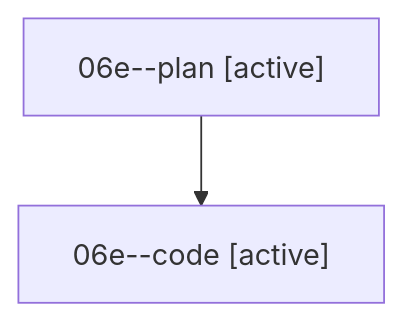
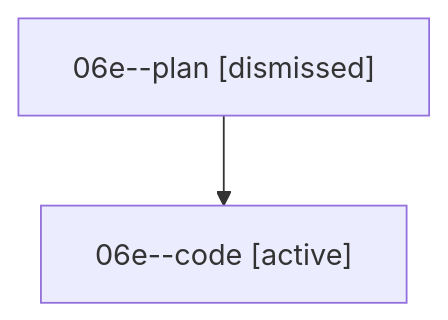
Before and after one commit to sase-org/sase--agents: the diagram in sessions/bbugyi200.athena.06e.md, drawn with Mermaid. The commit also changed other lines of this file and 32 other files, not shown here.

````diff
--- a/sessions/bbugyi200.athena.06e.md
+++ b/sessions/bbugyi200.athena.06e.md
@@ -9,6 +9,6 @@
 ```mermaid
 flowchart TD
-  n0["06e--plan [active]"]
+  n0["06e--plan [dismissed]"]
   n1["06e--code [active]"]
   n0 --> n1
 ```
````
